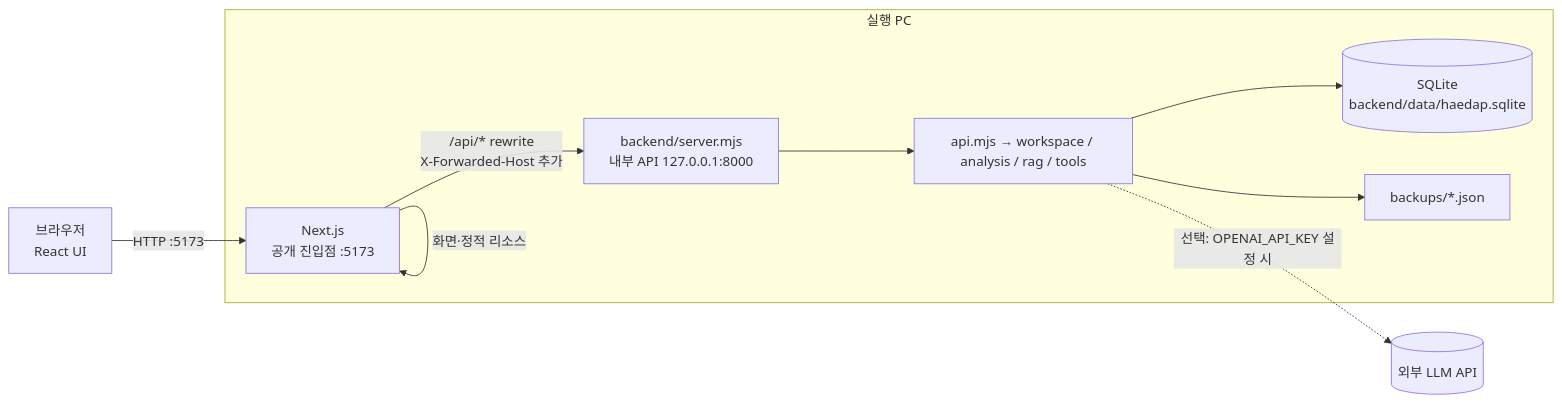
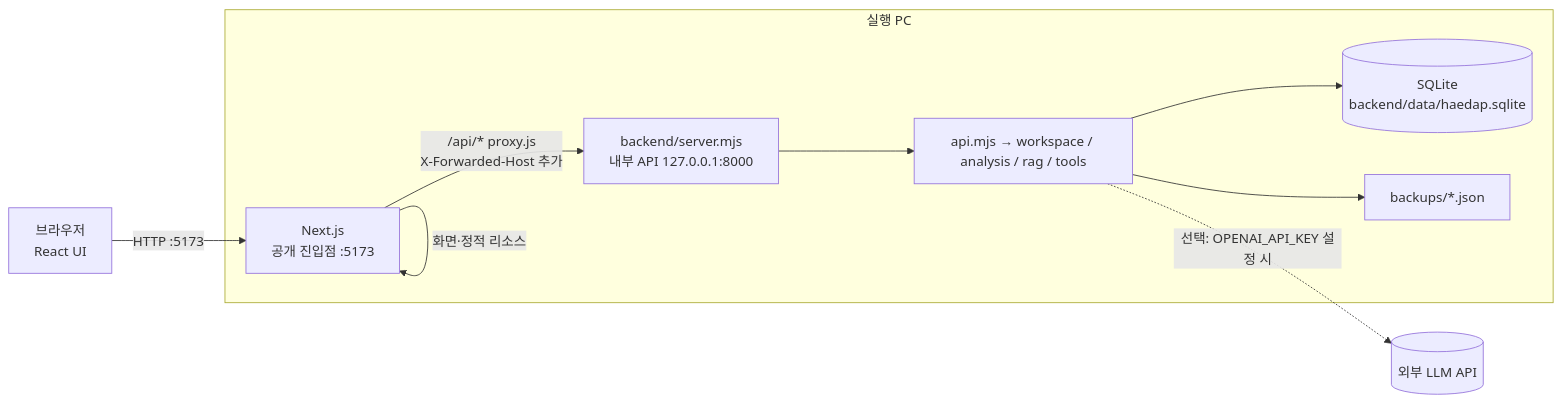
The first of 2 diagrams in docs/architecture.md (dudco/sea-the-answer), drawn with Mermaid before and after one commit. The commit also changed other lines of this file and 15 other files, not shown here.

First line of the commit message:
refactor: /api 전달 주소를 빌드가 아닌 실행 시점에 결정 (proxy.js)

````diff
--- a/docs/architecture.md
+++ b/docs/architecture.md
@@ -10,16 +10,16 @@
 ```mermaid
 flowchart LR
   B[브라우저<br/>React UI] -->|HTTP :5173| N
   subgraph PC[실행 PC]
     N[Next.js<br/>공개 진입점 :5173]
     G[backend/server.mjs<br/>내부 API 127.0.0.1:8000]
     D[(SQLite<br/>backend/data/haedap.sqlite)]
     K[backups/*.json]
     N -->|화면·정적 리소스| N
-    N -->|/api/* rewrite<br/>X-Forwarded-Host 추가| G
+    N -->|/api/* proxy.js<br/>X-Forwarded-Host 추가| G
     G --> A[api.mjs → workspace / analysis / rag / tools]
     A --> D
     A --> K
   end
   A -. 선택: OPENAI_API_KEY 설정 시 .-> O[(외부 LLM API)]
 ```
````
